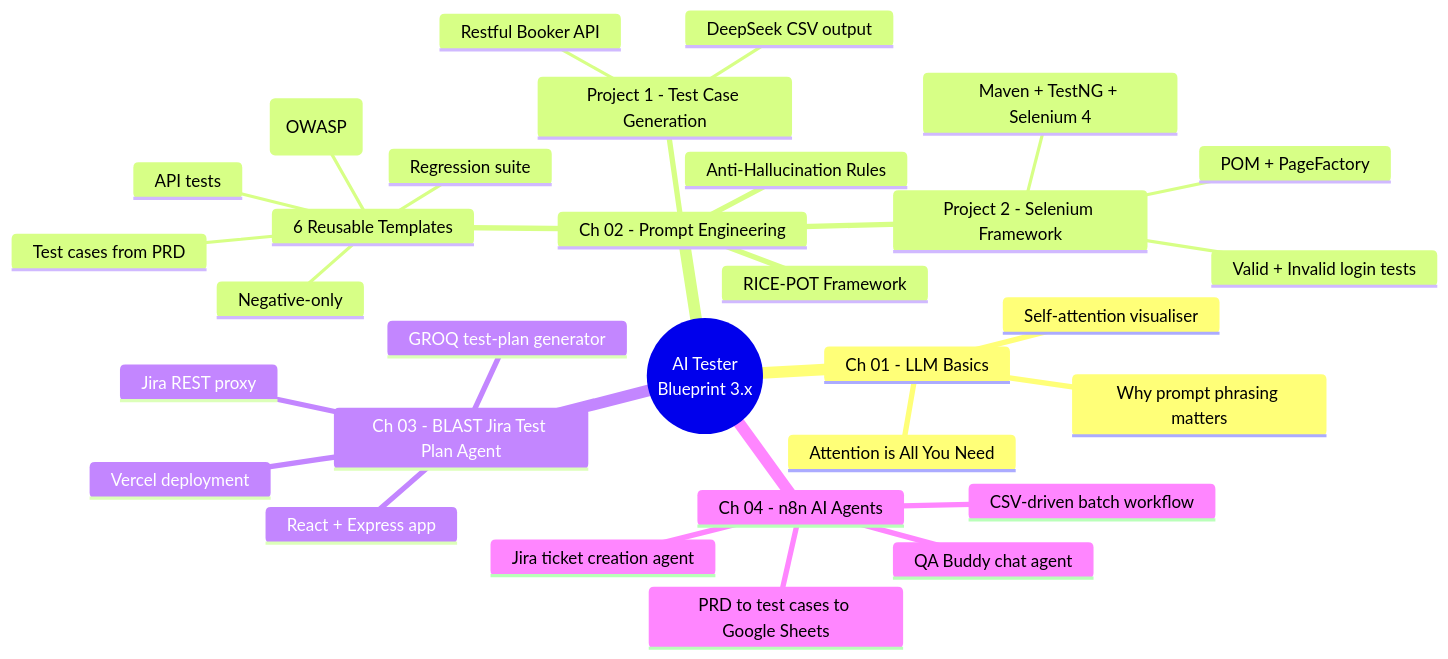
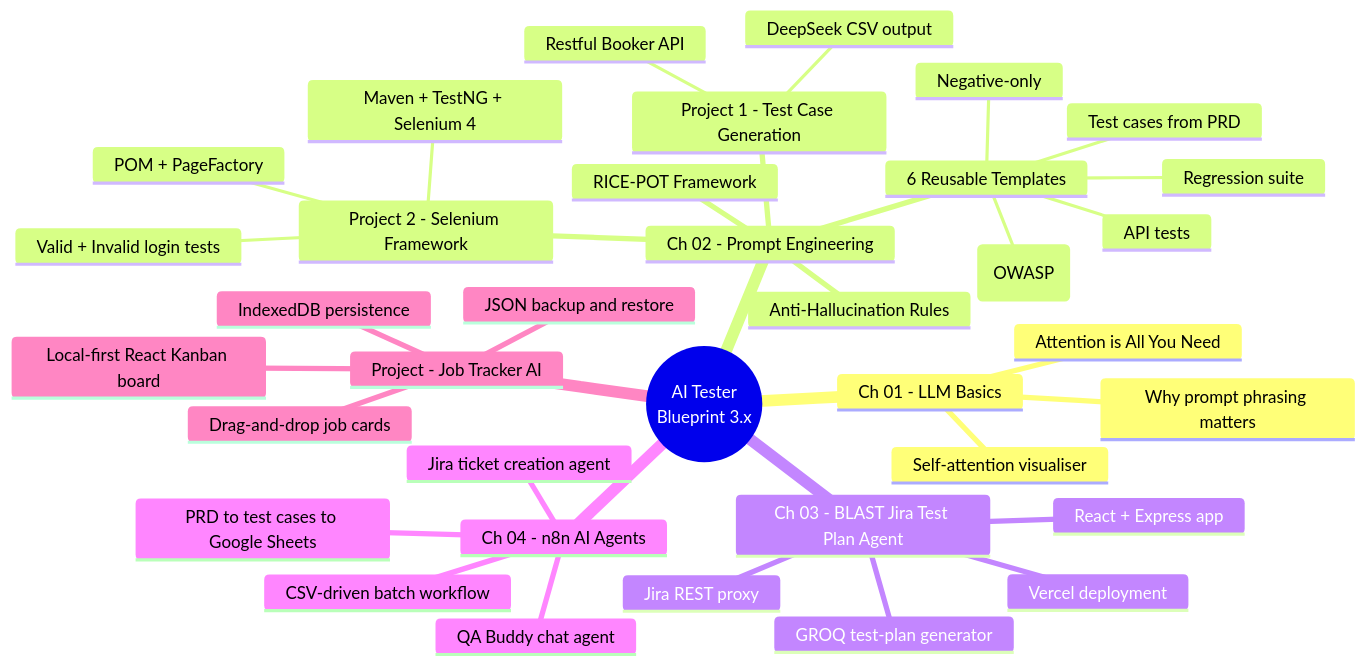
The first of 4 diagrams in README.md (Gurpreet-it/AI-Test), drawn with Mermaid before and after one commit. The commit also changed other lines of this file and 15 other files, not shown here.

Commit message:
feat: add local job tracker app

````diff
--- a/README.md
+++ b/README.md
@@ -14,34 +14,39 @@
 ```mermaid
 mindmap
   root((AI Tester<br/>Blueprint 3.x))
     Ch 01 - LLM Basics
       Attention is All You Need
       Self-attention visualiser
       Why prompt phrasing matters
     Ch 02 - Prompt Engineering
       Anti-Hallucination Rules
       RICE-POT Framework
       Project 1 - Test Case Generation
         Restful Booker API
         DeepSeek CSV output
       Project 2 - Selenium Framework
         Maven + TestNG + Selenium 4
         POM + PageFactory
         Valid + Invalid login tests
       6 Reusable Templates
         Test cases from PRD
         API tests
         Negative-only
         Security (OWASP)
         Regression suite
     Ch 03 - BLAST Jira Test Plan Agent
       React + Express app
       Jira REST proxy
       GROQ test-plan generator
       Vercel deployment
     Ch 04 - n8n AI Agents
       QA Buddy chat agent
       Jira ticket creation agent
       PRD to test cases to Google Sheets
       CSV-driven batch workflow
+    Project - Job Tracker AI
+      Local-first React Kanban board
+      IndexedDB persistence
+      Drag-and-drop job cards
+      JSON backup and restore
 ```
````
